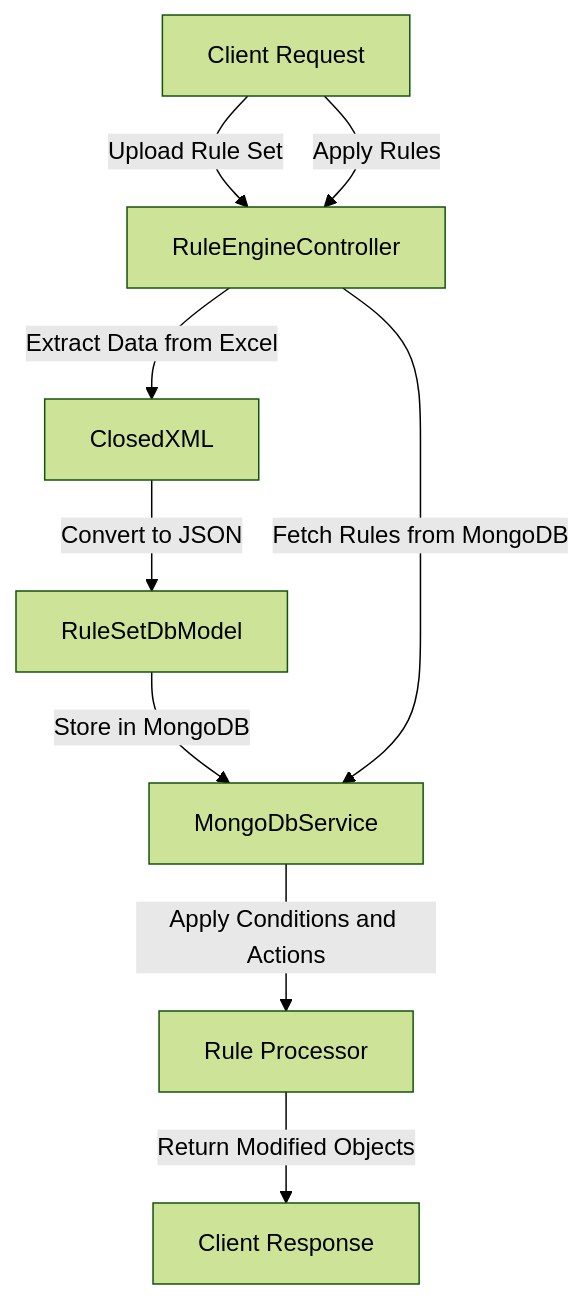
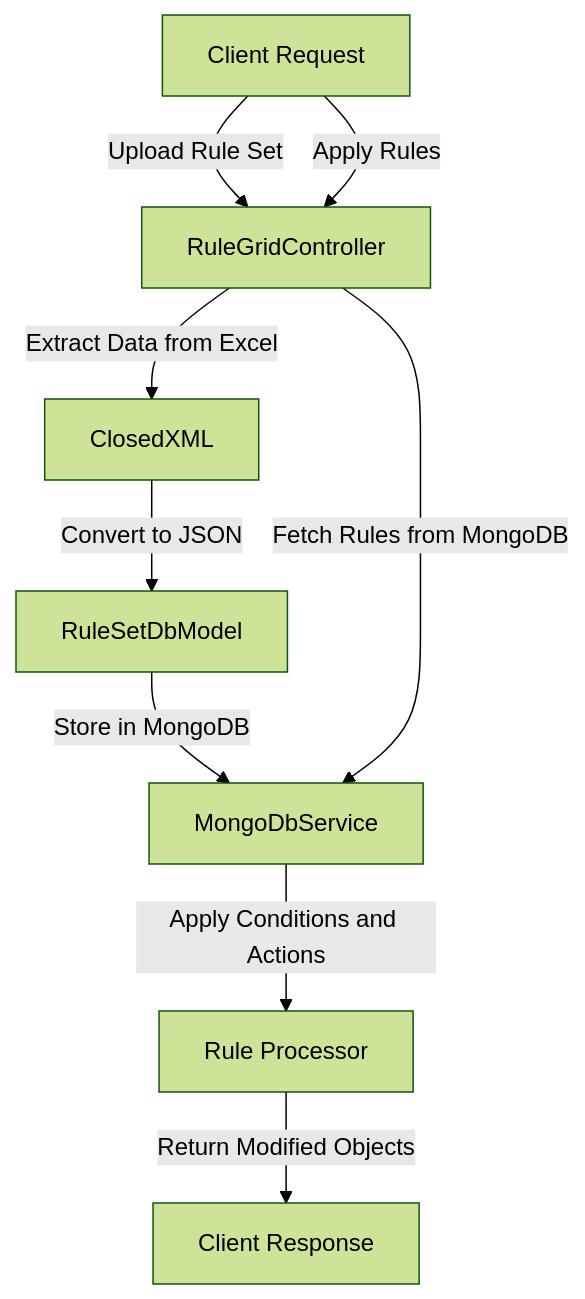
One commit to miladashrafi/Apex.RuleGrid changed the diagram in readme.md. Above: the diagram before and after it, drawn with Mermaid (forest theme). The commit also changed other lines of this file and 22 other files, not shown here.

First line of the commit message:
Refactor project and rename to RuleGrid

````diff
--- a/readme.md
+++ b/readme.md
@@ -121,11 +121,11 @@
 ```mermaid
 graph TD
-    A[Client Request] -->|Upload Rule Set| B[RuleEngineController]
+    A[Client Request] -->|Upload Rule Set| B[RuleGridController]
     B -->|Extract Data from Excel| C[ClosedXML]
     C -->|Convert to JSON| D[RuleSetDbModel]
     D -->|Store in MongoDB| E[MongoDbService]
     A -->|Apply Rules| B
     B -->|Fetch Rules from MongoDB| E
     E -->|Apply Conditions and Actions| F[Rule Processor]
     F -->|Return Modified Objects| G[Client Response]
 ```
````
